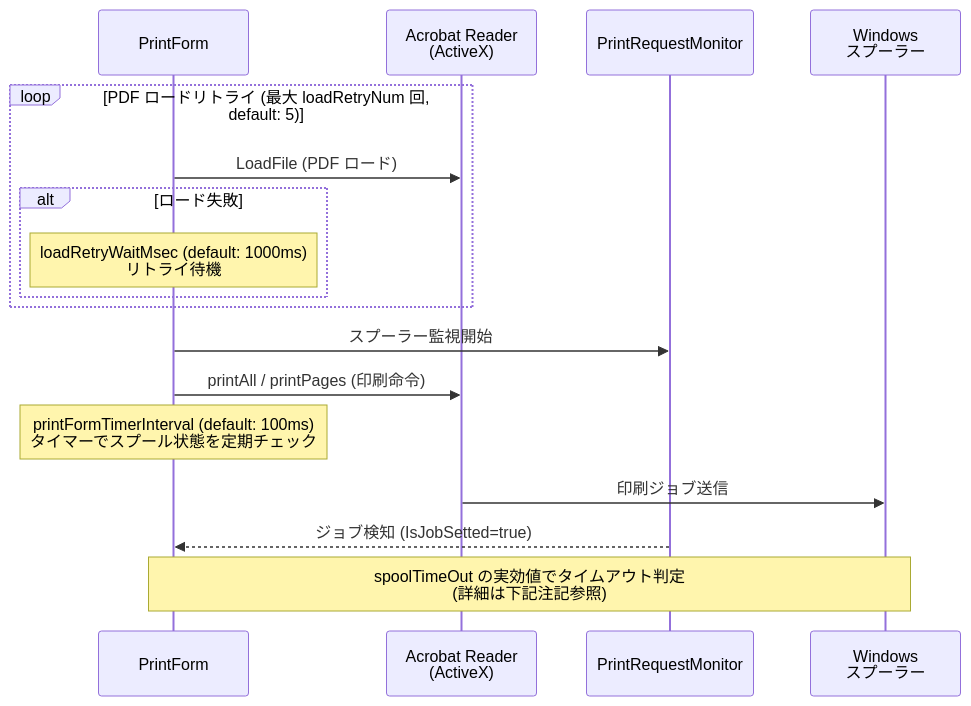
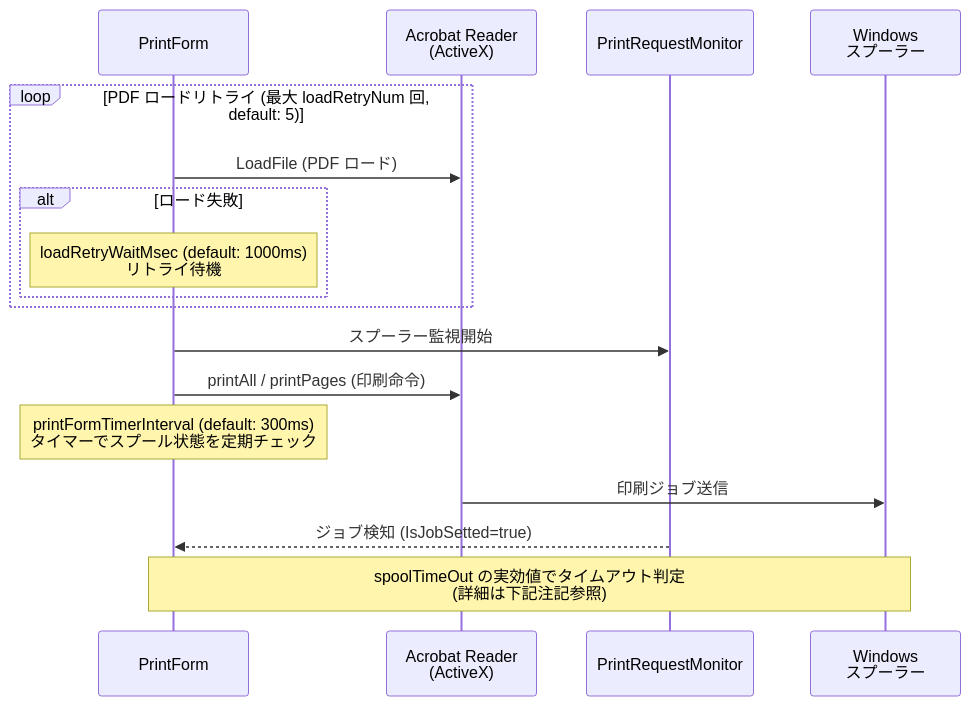
The sixth of 10 diagrams in docs/architecture.md (biz-Stream/bizprint), drawn with Mermaid before and after one commit. The commit also changed other lines of this file and 3 other files, not shown here.

First line of the commit message:
printFormTimerInterval のデフォルト値を 100 → 300 に変更

````diff
--- a/docs/architecture.md
+++ b/docs/architecture.md
@@ -180,20 +180,20 @@
 ```mermaid
 sequenceDiagram
     participant PF as PrintForm
     participant Acrobat as Acrobat Reader<br/>(ActiveX)
     participant Mon as PrintRequestMonitor
     participant Spool as Windows<br/>スプーラー
 
     loop PDF ロードリトライ (最大 loadRetryNum 回, default: 5)
         PF ->> Acrobat: LoadFile (PDF ロード)
         alt ロード失敗
             Note over PF: loadRetryWaitMsec (default: 1000ms)<br/>リトライ待機
         end
     end
     PF ->> Mon: スプーラー監視開始
     PF ->> Acrobat: printAll / printPages (印刷命令)
-    Note over PF: printFormTimerInterval (default: 100ms)<br/>タイマーでスプール状態を定期チェック
+    Note over PF: printFormTimerInterval (default: 300ms)<br/>タイマーでスプール状態を定期チェック
     Acrobat ->> Spool: 印刷ジョブ送信
     Mon -->> PF: ジョブ検知 (IsJobSetted=true)
     Note over PF,Spool: spoolTimeOut の実効値でタイムアウト判定<br/>(詳細は下記注記参照)
 ```
````
